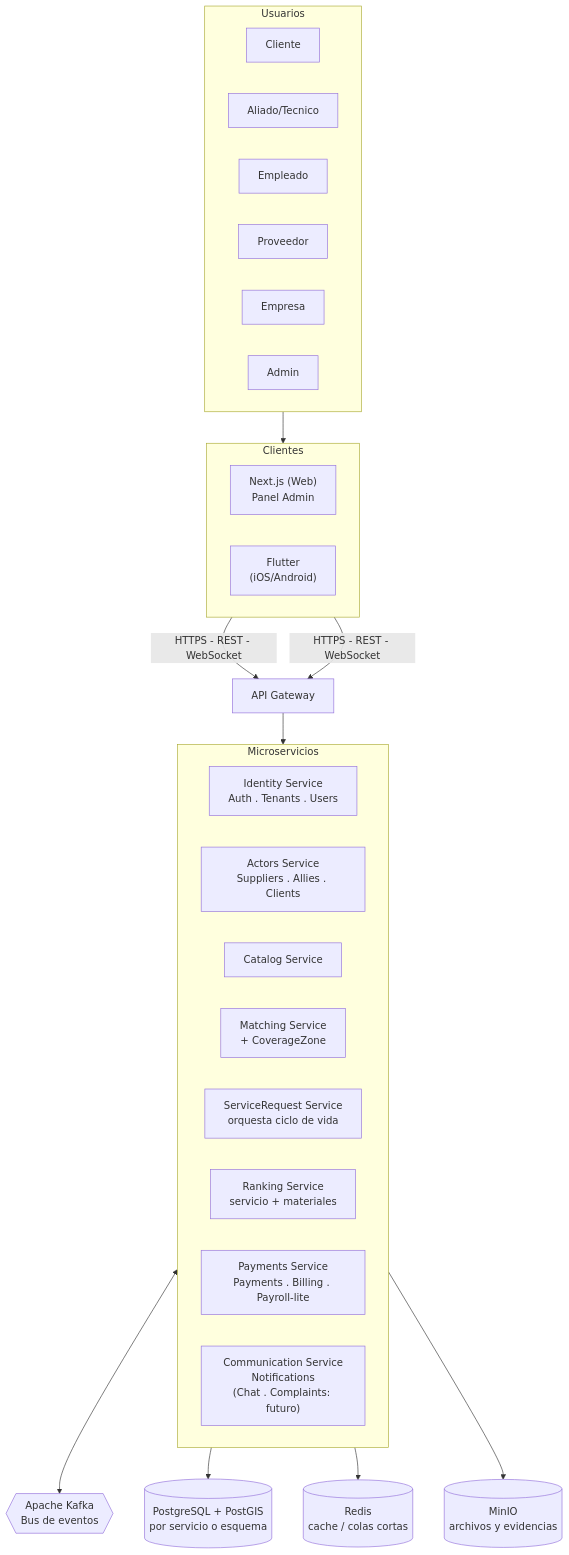
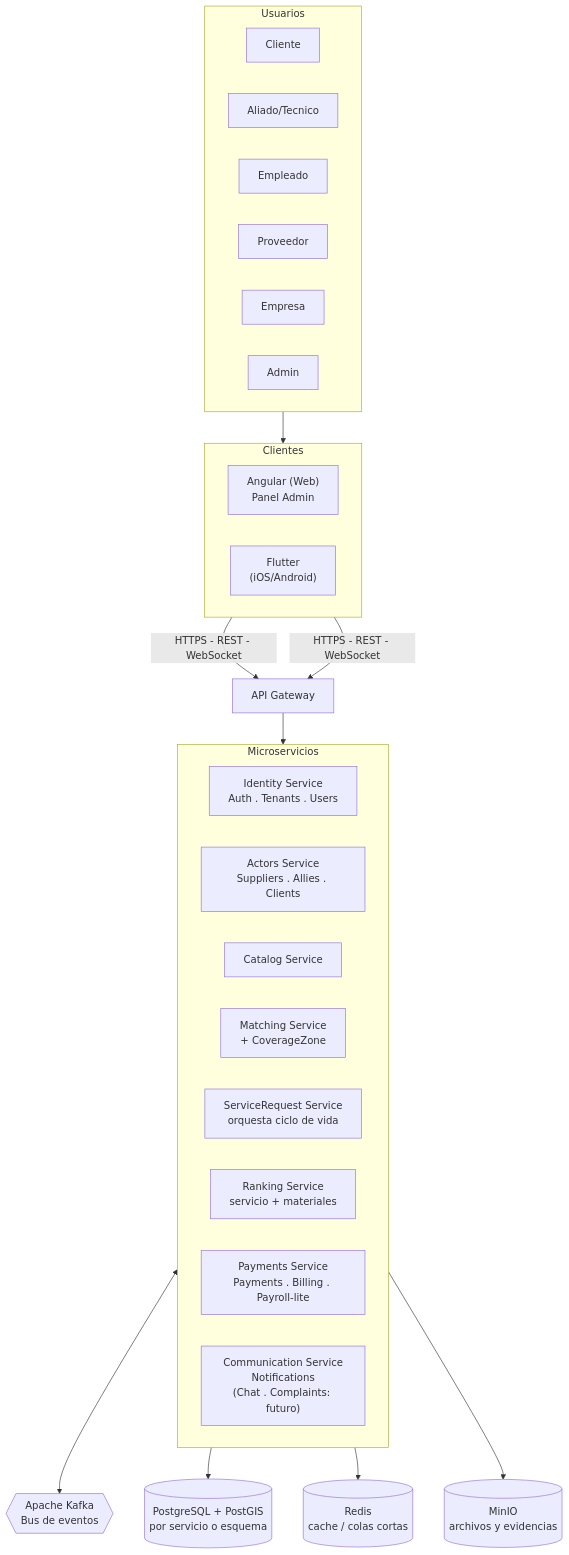
Before and after one commit to sebas0430/Arquitectura: the first of 4 diagrams in docs/architecture/SAD.md, drawn with Mermaid. The commit also changed other lines of this file and 63 other files, not shown here.

Commit message:
docs(architecture): unificar stack y crear base del monorepo

````diff
--- a/docs/architecture/SAD.md
+++ b/docs/architecture/SAD.md
@@ -793,47 +793,47 @@
 ```mermaid
 flowchart TB
     subgraph Usuarios["Usuarios"]
         direction LR
         U1[Cliente]
         U2[Aliado/Tecnico]
         U3[Empleado]
         U4[Proveedor]
         U5[Empresa]
         U6[Admin]
     end
 
     subgraph Frontend["Clientes"]
         direction LR
-        WEB["Next.js (Web)<br/>Panel Admin"]
+        WEB["Angular (Web)<br/>Panel Admin"]
         MOBILE["Flutter<br/>(iOS/Android)"]
     end
 
     Usuarios --> Frontend
 
     WEB -->|"HTTPS - REST - WebSocket"| GW
     MOBILE -->|"HTTPS - REST - WebSocket"| GW
 
     GW["API Gateway"]
 
     subgraph Services["Microservicios"]
         direction LR
         S1["Identity Service<br/>Auth . Tenants . Users"]
         S2["Actors Service<br/>Suppliers . Allies . Clients"]
         S3["Catalog Service"]
         S4["Matching Service<br/>+ CoverageZone"]
         S5["ServiceRequest Service<br/>orquesta ciclo de vida"]
         S6["Ranking Service<br/>servicio + materiales"]
         S7["Payments Service<br/>Payments . Billing . Payroll-lite"]
         S8["Communication Service<br/>Notifications<br/>(Chat . Complaints: futuro)"]
     end
 
     GW --> Services
 
     KAFKA{{"Apache Kafka<br/>Bus de eventos"}}
 
     Services <--> KAFKA
 
     Services --> DB[("PostgreSQL + PostGIS<br/>por servicio o esquema")]
     Services --> CACHE[("Redis<br/>cache / colas cortas")]
     Services --> STORAGE[("MinIO<br/>archivos y evidencias")]
 ```
````
